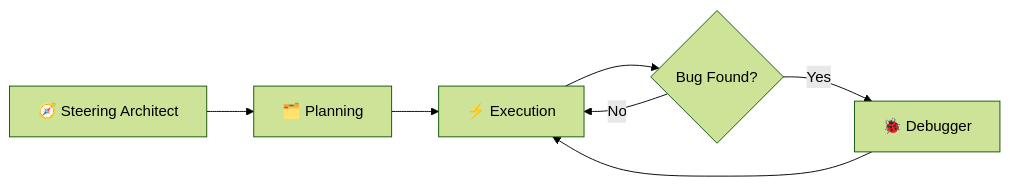
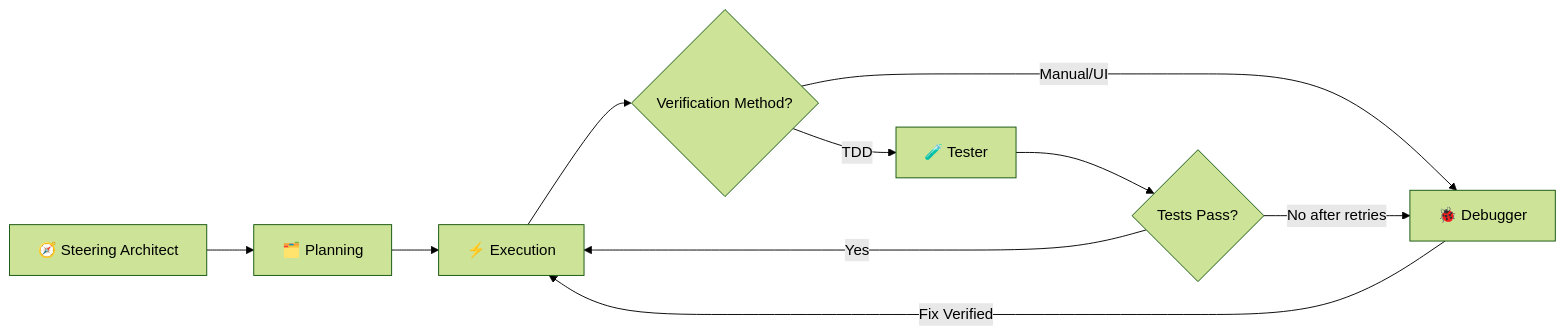
One commit to jackyko1991/Spec-Driven-Development changed the diagram in README.md. Above: the diagram before and after it, drawn with Mermaid (forest theme). The commit also changed other lines of this file and 7 other files, not shown here.

````diff
--- a/README.md
+++ b/README.md
@@ -34,9 +36,12 @@
 ```mermaid
 graph LR
     A[🧭 Steering Architect] --> B[🗂️ Planning];
     B --> C[⚡ Execution];
-    C --> D{Bug Found?};
-    D -- No --> C;
-    D -- Yes --> E[🐞 Debugger];
-    E --> C;
+    C --> D{Verification Method?};
+    D -- TDD --> E[🧪 Tester];
+    D -- Manual/UI --> F[🐞 Debugger];
+    E --> G{Tests Pass?};
+    G -- Yes --> C;
+    G -- No after retries --> F;
+    F -- Fix Verified --> C;
 ```
````
